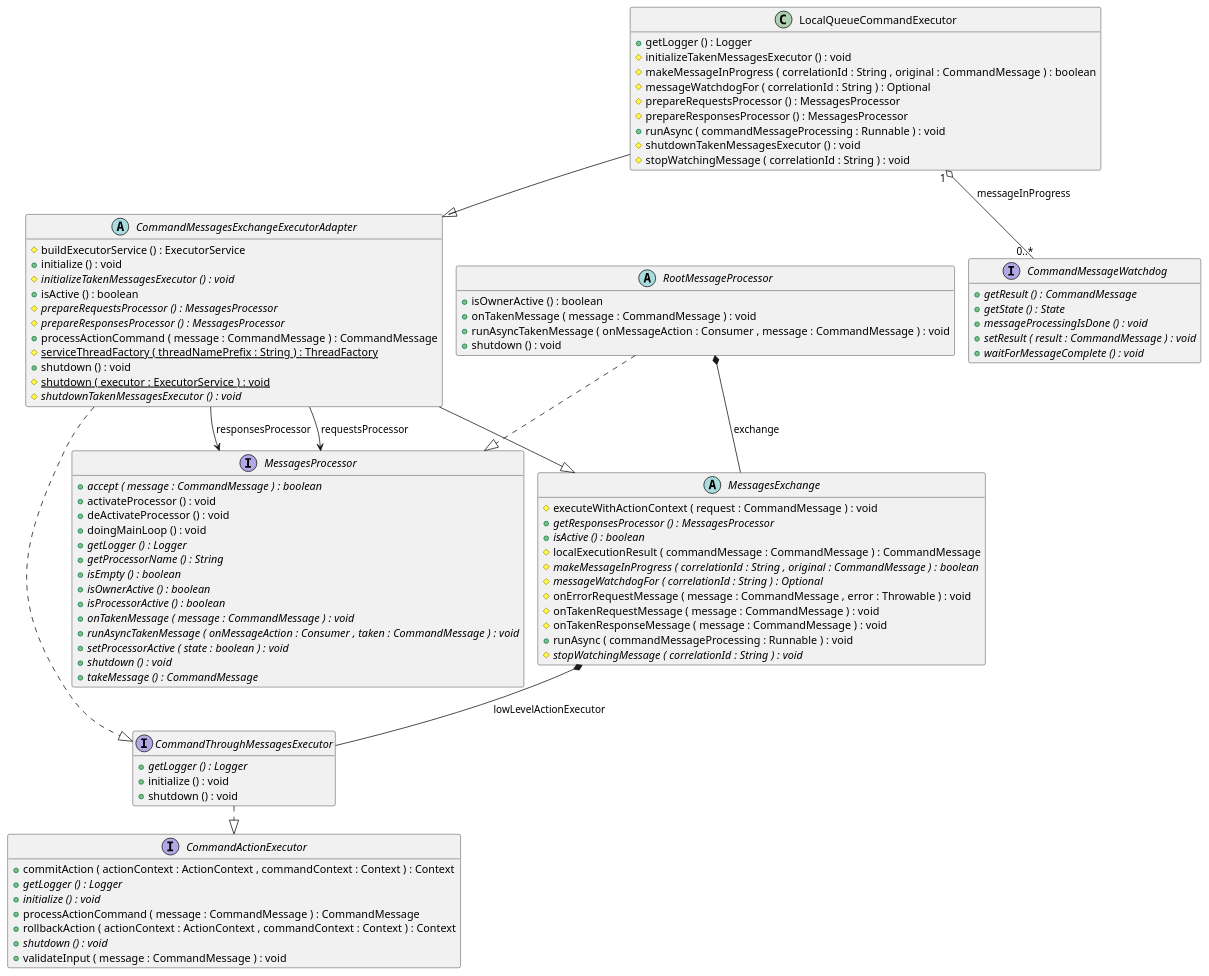
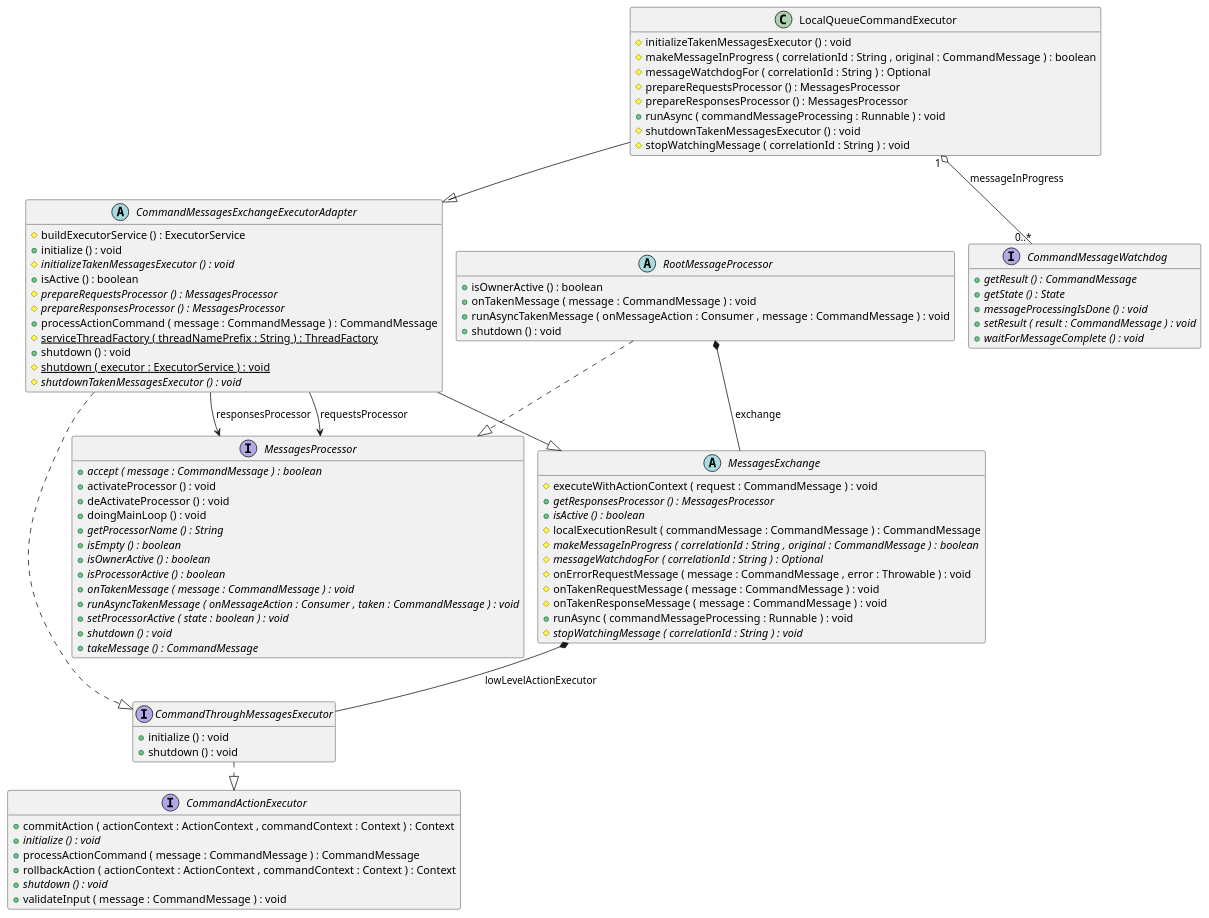
The diagram in business-logic/documentation/puml/class-diagrams/CoreExecutableCommandImplementationModel.puml (OlegSopilnyak/school-demo), drawn with PlantUML before and after one commit. The commit also changed 69 other files, not shown here.

```diff
--- a/business-logic/documentation/puml/class-diagrams/CoreExecutableCommandImplementationModel.puml
+++ b/business-logic/documentation/puml/class-diagrams/CoreExecutableCommandImplementationModel.puml
@@ -3,138 +3,134 @@
 @startuml
 !pragma layout smetana
 
 interface CommandActionExecutor {
 	{field} {static} +IS_DO_MESSAGE_DIRECTION : Predicate
 	{field} {static} +IS_NULL_MESSAGE_DIRECTION : Predicate
 	{field} {static} +IS_UNDO_MESSAGE_DIRECTION : Predicate
 	{field} {static} +IS_VALID_MESSAGE_CONTEXT : Predicate
 	{field} {static} +IS_VALID_MESSAGE_CONTEXT_COMMAND : Predicate
 	{field} {static} +isInvalidMessage : Predicate
 	{field} {static} +isValidMessageDirection : Predicate
 	{method} +commitAction ( actionContext : ActionContext , commandContext : Context ) : Context
-	{method}  {abstract} +getLogger () : Logger
 	{method}  {abstract} +initialize () : void
 	{method} +processActionCommand ( message : CommandMessage ) : CommandMessage
 	{method} +rollbackAction ( actionContext : ActionContext , commandContext : Context ) : Context
 	{method}  {abstract} +shutdown () : void
 	{method} +validateInput ( message : CommandMessage ) : void
 }
 
 
 interface CommandMessageWatchdog {
 	{method}  {abstract} +getResult () : CommandMessage
 	{method}  {abstract} +getState () : State
 	{method}  {abstract} +messageProcessingIsDone () : void
 	{method}  {abstract} +setResult ( result : CommandMessage ) : void
 	{method}  {abstract} +waitForMessageComplete () : void
 }
 
 
 abstract class CommandMessagesExchangeExecutorAdapter {
 	{field} -processorLaunchExecutor : ExecutorService
 	{field} -serviceActive : AtomicBoolean
 	{method} #buildExecutorService () : ExecutorService
 	{method} +initialize () : void
 	{method}  {abstract} #initializeTakenMessagesExecutor () : void
 	{method} +isActive () : boolean
 	{method}  {abstract} #prepareRequestsProcessor () : MessagesProcessor
 	{method}  {abstract} #prepareResponsesProcessor () : MessagesProcessor
 	{method} +processActionCommand ( message : CommandMessage ) : CommandMessage
 	{method}  {static} #serviceThreadFactory ( threadNamePrefix : String ) : ThreadFactory
 	{method} +shutdown () : void
 	{method}  {static} #shutdown ( executor : ExecutorService ) : void
 	{method}  {abstract} #shutdownTakenMessagesExecutor () : void
 }
 
 
 interface CommandThroughMessagesExecutor {
 	{field} {static} +COMMAND_MESSAGE_OBJECT_MAPPER_BEAN_NAME : String
 	{field} {static} +JSON_CONTEXT_MODULE_BEAN_NAME : String
 	{field} {static} +REQUEST_MESSAGES_PROCESSOR_NAME : String
 	{field} {static} +RESPONSE_MESSAGES_PROCESSOR_NAME : String
-	{method}  {abstract} +getLogger () : Logger
 	{method} +initialize () : void
 	{method} +shutdown () : void
 }
 
 
 class LocalQueueCommandExecutor {
 	{field} -executor : ExecutorService
 	{field} {static} -log : Logger
 	{field} -objectMapper : ObjectMapper
-	{method} +getLogger () : Logger
 	{method} #initializeTakenMessagesExecutor () : void
 	{method} #makeMessageInProgress ( correlationId : String , original : CommandMessage ) : boolean
 	{method} #messageWatchdogFor ( correlationId : String ) : Optional
 	{method} #prepareRequestsProcessor () : MessagesProcessor
 	{method} #prepareResponsesProcessor () : MessagesProcessor
 	{method} +runAsync ( commandMessageProcessing : Runnable ) : void
 	{method} #shutdownTakenMessagesExecutor () : void
 	{method} #stopWatchingMessage ( correlationId : String ) : void
 }
 
 
 abstract class MessagesExchange {
 	{field} {static} -logger : Logger
 	{method} #executeWithActionContext ( request : CommandMessage ) : void
 	{method}  {abstract} +getResponsesProcessor () : MessagesProcessor
 	{method}  {abstract} +isActive () : boolean
 	{method} #localExecutionResult ( commandMessage : CommandMessage ) : CommandMessage
 	{method}  {abstract} #makeMessageInProgress ( correlationId : String , original : CommandMessage ) : boolean
 	{method}  {abstract} #messageWatchdogFor ( correlationId : String ) : Optional
 	{method} #onErrorRequestMessage ( message : CommandMessage , error : Throwable ) : void
 	{method} #onTakenRequestMessage ( message : CommandMessage ) : void
 	{method} #onTakenResponseMessage ( message : CommandMessage ) : void
 	{method} +runAsync ( commandMessageProcessing : Runnable ) : void
 	{method}  {abstract} #stopWatchingMessage ( correlationId : String ) : void
 }
 
 
 interface MessagesProcessor {
 	{field} {static} +IS_LAST_MESSAGE : Predicate
 	{method}  {abstract} +accept ( message : CommandMessage ) : boolean
 	{method} +activateProcessor () : void
 	{method} +deActivateProcessor () : void
 	{method} +doingMainLoop () : void
-	{method}  {abstract} +getLogger () : Logger
 	{method}  {abstract} +getProcessorName () : String
 	{method}  {abstract} +isEmpty () : boolean
 	{method}  {abstract} +isOwnerActive () : boolean
 	{method}  {abstract} +isProcessorActive () : boolean
 	{method}  {abstract} +onTakenMessage ( message : CommandMessage ) : void
 	{method}  {abstract} +runAsyncTakenMessage ( onMessageAction : Consumer , taken : CommandMessage ) : void
 	{method}  {abstract} +setProcessorActive ( state : boolean ) : void
 	{method}  {abstract} +shutdown () : void
 	{method}  {abstract} +takeMessage () : CommandMessage
 }
 
 
 abstract class RootMessageProcessor {
 	{field} #logger : Logger
 	{field} -processingTaken : Consumer
 	{field} +processorActive : AtomicBoolean
 	{field} -processorName : String
 	{field} -processorStateMonitor : Object
 	{method} +isOwnerActive () : boolean
 	{method} +onTakenMessage ( message : CommandMessage ) : void
 	{method} +runAsyncTakenMessage ( onMessageAction : Consumer , message : CommandMessage ) : void
 	{method} +shutdown () : void
 }
 
 
 
 
 CommandMessagesExchangeExecutorAdapter -->  MessagesProcessor : requestsProcessor
 CommandMessagesExchangeExecutorAdapter -->  MessagesProcessor : responsesProcessor
 CommandMessagesExchangeExecutorAdapter --|>  MessagesExchange
 CommandMessagesExchangeExecutorAdapter ..|>  CommandThroughMessagesExecutor
 CommandThroughMessagesExecutor ..|>  CommandActionExecutor
 LocalQueueCommandExecutor "1" o-- "0..*"  CommandMessageWatchdog : messageInProgress
 LocalQueueCommandExecutor --|>  CommandMessagesExchangeExecutorAdapter
 MessagesExchange *--  CommandThroughMessagesExecutor : lowLevelActionExecutor
 RootMessageProcessor *--  MessagesExchange : exchange
 RootMessageProcessor ..|>  MessagesProcessor
 
 hide fields
 
 @enduml
```
